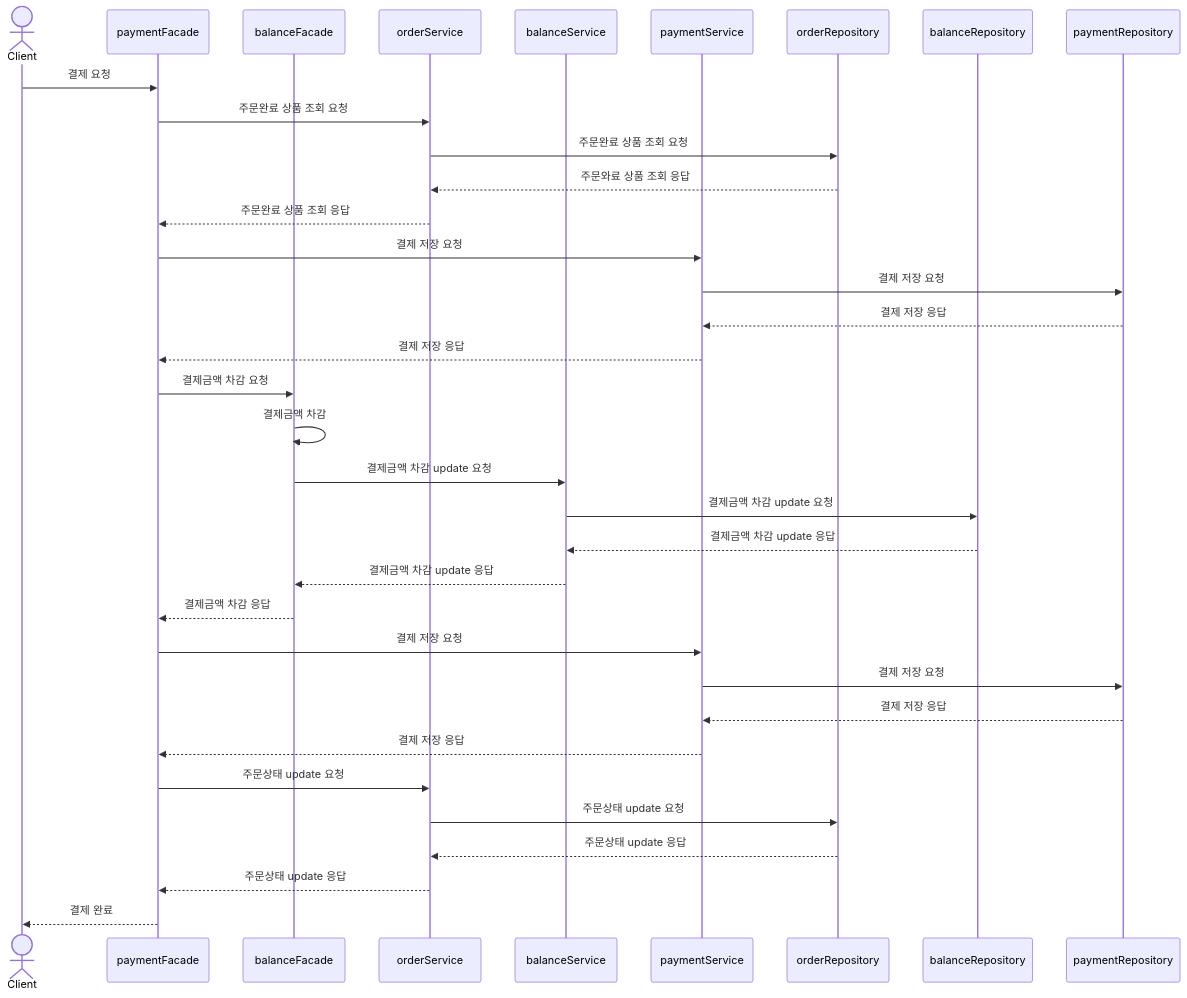
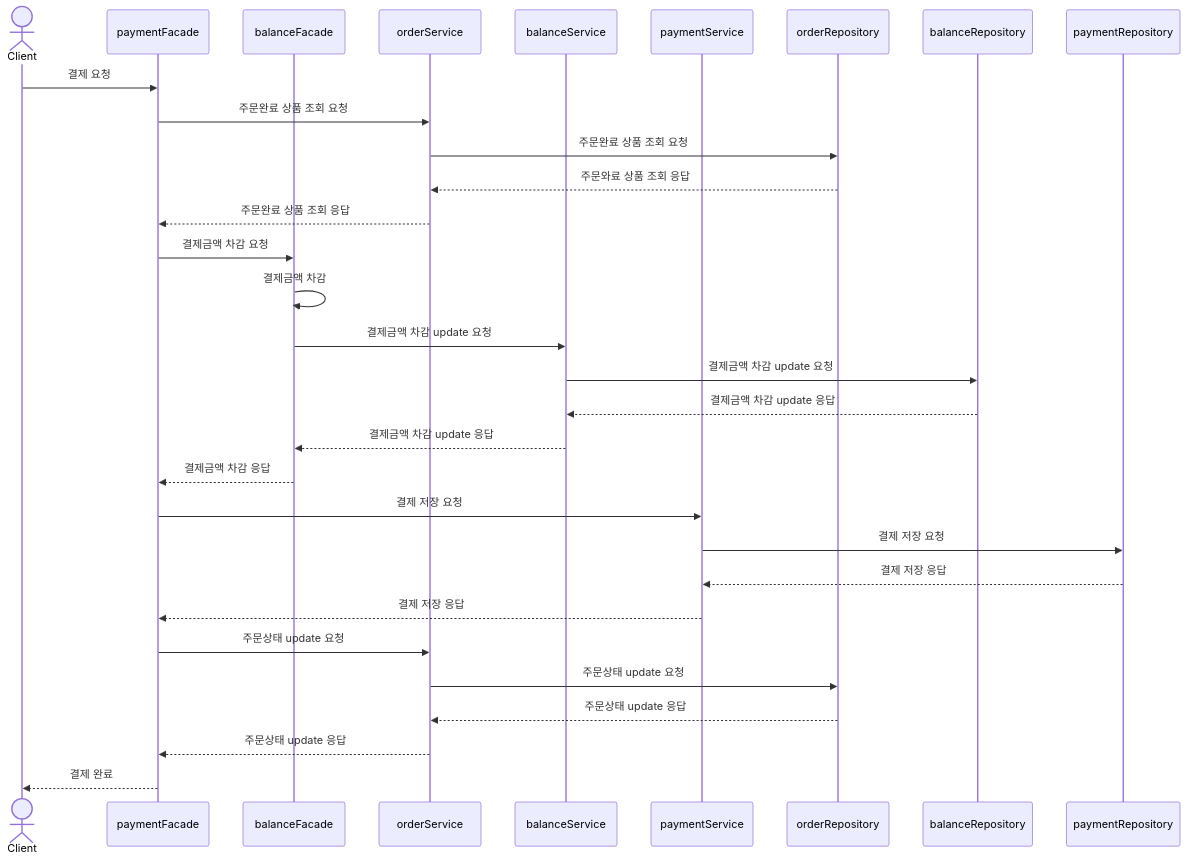
One commit to guwls/hhplus03_ecommerce changed the fifth of 9 diagrams in SequenceDiagram.md. Above: the diagram before and after it, drawn with Mermaid.

Commit message:
SequenceDiagram 결제 API 수정

````diff
--- a/SequenceDiagram.md
+++ b/SequenceDiagram.md
@@ -94,38 +94,34 @@
 ```mermaid
 sequenceDiagram
   actor Client
   participant paymentFacade
   participant balanceFacade
   participant orderService
   participant balanceService
   participant paymentService
   participant orderRepository
   participant balanceRepository
   participant paymentRepository
 
   Client ->> paymentFacade: 결제 요청
   paymentFacade ->> orderService: 주문완료 상품 조회 요청
   orderService ->> orderRepository: 주문완료 상품 조회 요청 
   orderRepository -->> orderService: 주문와료 상품 조회 응답
   orderService -->> paymentFacade: 주문완료 상품 조회 응답 
-  paymentFacade ->> paymentService: 결제 저장 요청 
-  paymentService ->> paymentRepository: 결제 저장 요청 
-  paymentRepository -->> paymentService: 결제 저장 응답
-  paymentService -->> paymentFacade: 결제 저장 응답
   paymentFacade ->> balanceFacade: 결제금액 차감 요청
   balanceFacade ->> balanceFacade: 결제금액 차감
   balanceFacade ->> balanceService: 결제금액 차감 update 요청 
   balanceService ->> balanceRepository: 결제금액 차감 update 요청
   balanceRepository -->> balanceService: 결제금액 차감 update 응답
   balanceService -->> balanceFacade: 결제금액 차감 update 응답
   balanceFacade -->> paymentFacade: 결제금액 차감 응답
   paymentFacade ->> paymentService: 결제 저장 요청
   paymentService ->> paymentRepository: 결제 저장 요청
   paymentRepository -->> paymentService: 결제 저장 응답
   paymentService -->> paymentFacade: 결제 저장 응답
   paymentFacade ->> orderService: 주문상태 update 요청
   orderService ->> orderRepository: 주문상태 update 요청
   orderRepository -->> orderService: 주문상태 update 응답
   orderService -->> paymentFacade: 주문상태 update 응답
   paymentFacade -->> Client: 결제 완료
 ```
````
